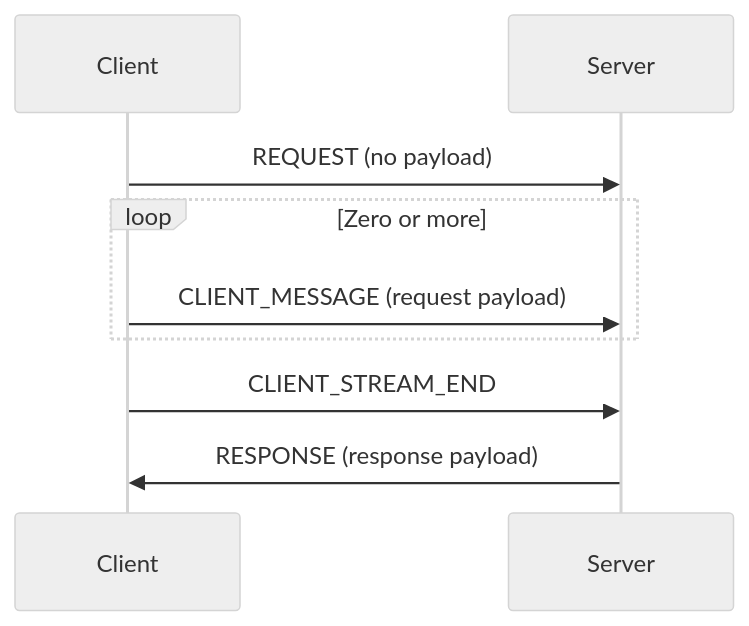
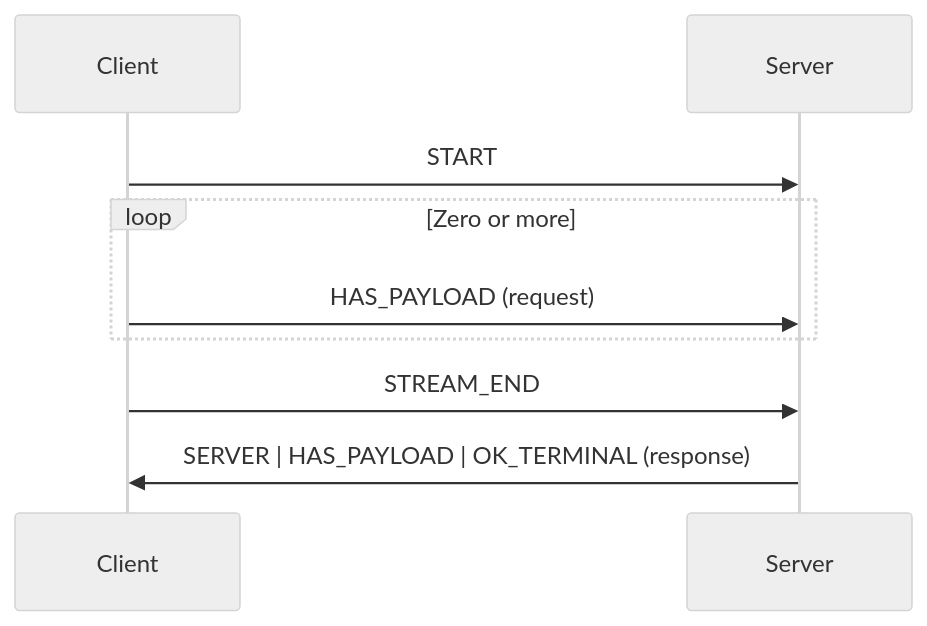
One commit to chromium-full-mirror/chromiumos_third_party_pigweed_pigweed changed the fourth of 5 diagrams in pw_rpc2/protocol.rst. Above: the diagram before and after it, drawn with Mermaid (neutral theme). The commit also changed other lines of this file and 55 other files, not shown here.

```diff
--- a/pw_rpc2/protocol.rst
+++ b/pw_rpc2/protocol.rst
@@ -144,14 +146,14 @@
 .. mermaid::
    :alt: Client streaming RPC packet sequence
    :align: center
 
    sequenceDiagram
        participant C as Client
        participant S as Server
 
-       C->>S: REQUEST (no payload)
+       C->>S: START
        loop Zero or more
-           C->>S: CLIENT_MESSAGE (request payload)
+           C->>S: HAS_PAYLOAD (request)
        end
-       C->>S: CLIENT_STREAM_END
-       S->>C: RESPONSE (response payload)
+       C->>S: STREAM_END
+       S->>C: SERVER | HAS_PAYLOAD | OK_TERMINAL (response)
```
